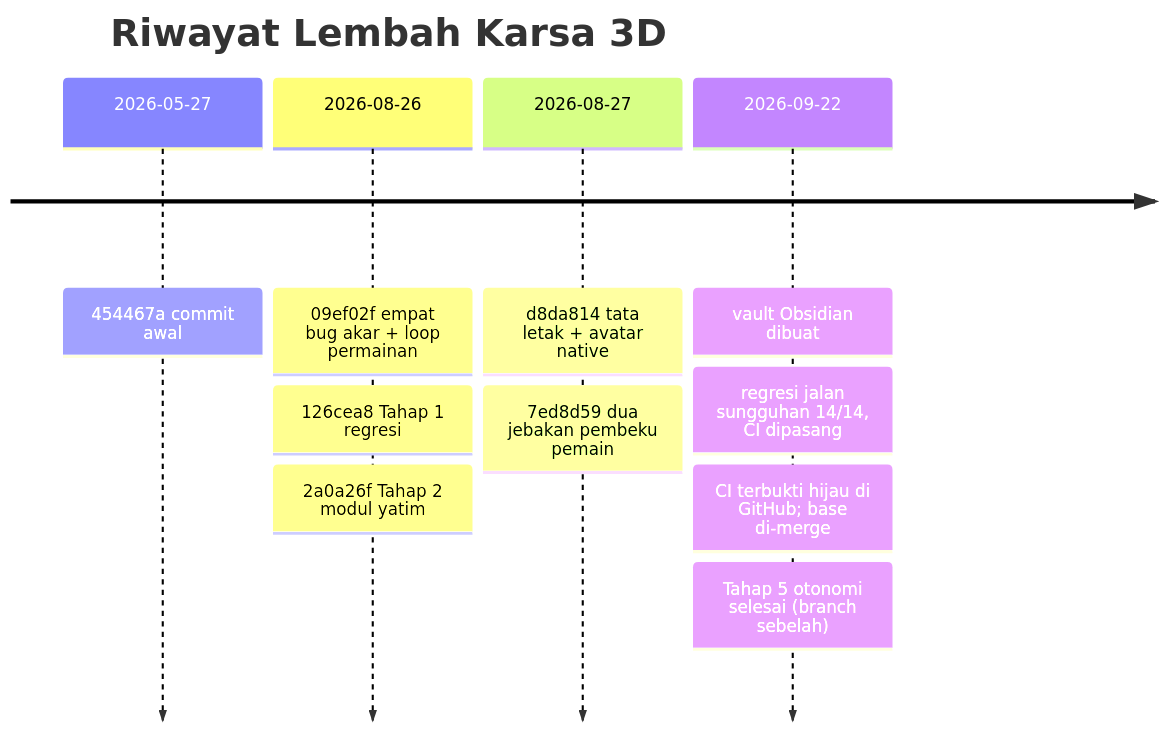
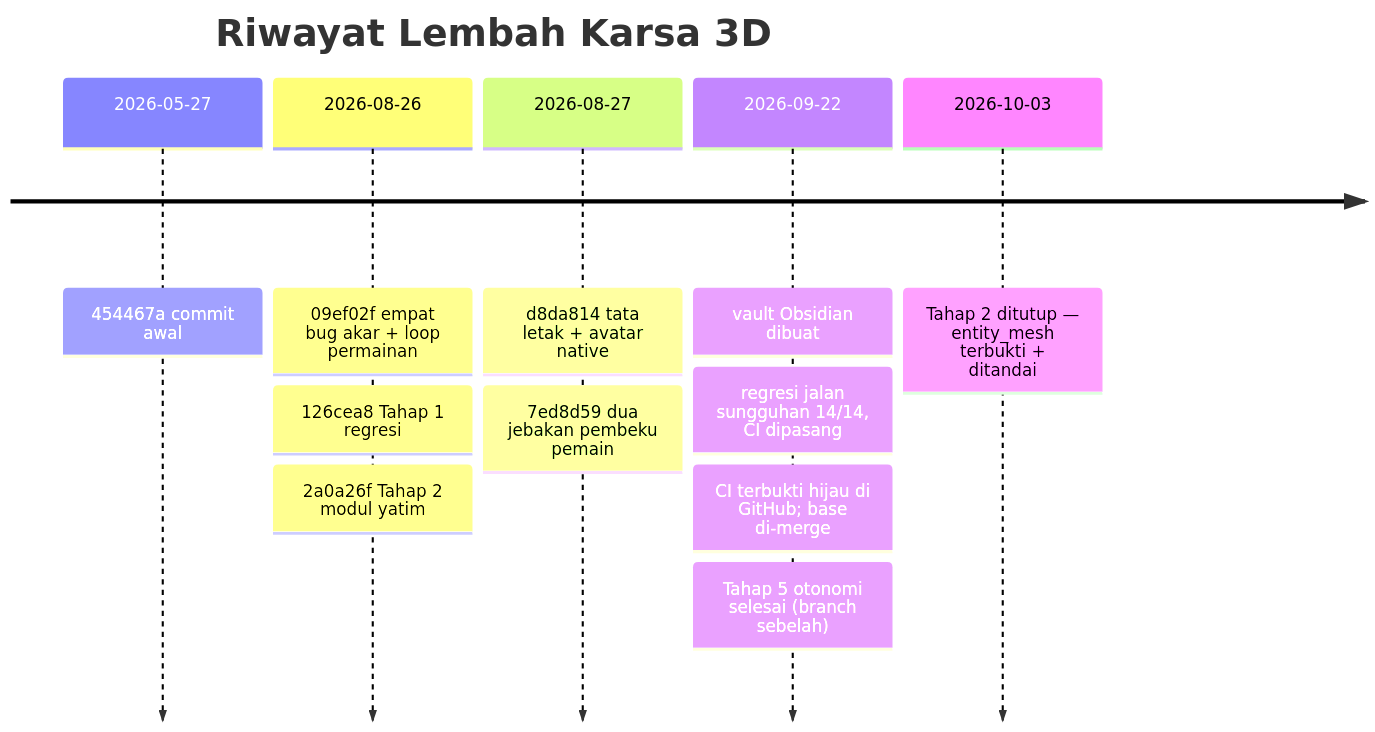
The diagram in obsidian/00-Peta/Peta Progres.md (obdalamfa/karsa-Branch), drawn with Mermaid before and after one commit. The commit also changed other lines of this file and 7 other files, not shown here.

First line of the commit message:
Tutup Tahap 2: entity_mesh terbukti jalan, lalu ditandai — bukan disambungkan

````diff
--- a/obsidian/00-Peta/Peta Progres.md
+++ b/obsidian/00-Peta/Peta Progres.md
@@ -32,14 +32,15 @@
 ```mermaid
 timeline
     title Riwayat Lembah Karsa 3D
     2026-05-27 : 454467a commit awal
     2026-08-26 : 09ef02f empat bug akar + loop permainan
                : 126cea8 Tahap 1 regresi
                : 2a0a26f Tahap 2 modul yatim
     2026-08-27 : d8da814 tata letak + avatar native
                : 7ed8d59 dua jebakan pembeku pemain
     2026-09-22 : vault Obsidian dibuat
                : regresi jalan sungguhan 14/14, CI dipasang
                : CI terbukti hijau di GitHub; base di-merge
                : Tahap 5 otonomi selesai (branch sebelah)
+    2026-10-03 : Tahap 2 ditutup — entity_mesh terbukti + ditandai
 ```
````
